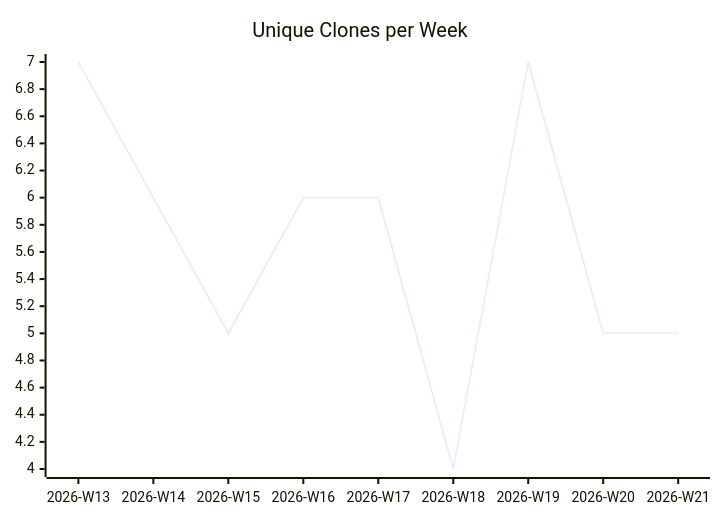
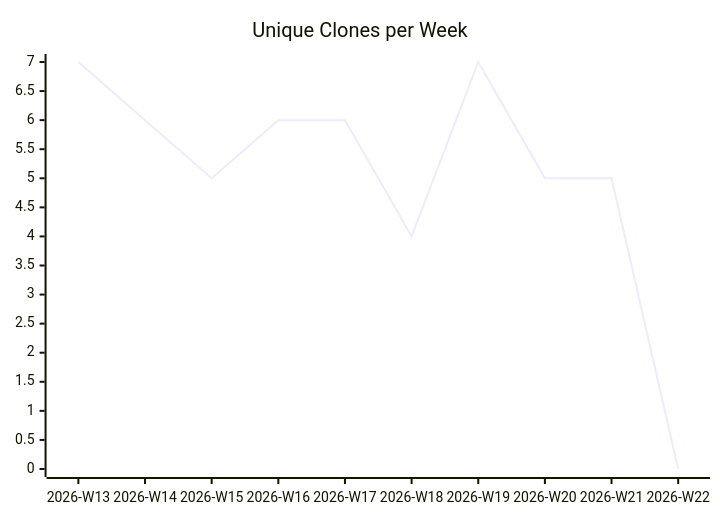
Before and after one commit to justdavis-family/github-analytics-data: the third of 3 diagrams in karlmdavis/lego-ev3dev-rs/README.md, drawn with Mermaid. The commit also changed other lines of this file and 190 other files, not shown here.

````diff
--- a/karlmdavis/lego-ev3dev-rs/README.md
+++ b/karlmdavis/lego-ev3dev-rs/README.md
@@ -19,6 +19,6 @@
 ```mermaid
 xychart-beta
   title "Unique Clones per Week"
-  x-axis ["2026-W13", "2026-W14", "2026-W15", "2026-W16", "2026-W17", "2026-W18", "2026-W19", "2026-W20", "2026-W21"]
-  line [7, 6, 5, 6, 6, 4, 7, 5, 5]
+  x-axis ["2026-W13", "2026-W14", "2026-W15", "2026-W16", "2026-W17", "2026-W18", "2026-W19", "2026-W20", "2026-W21", "2026-W22"]
+  line [7, 6, 5, 6, 6, 4, 7, 5, 5, 0]
 ```
````
